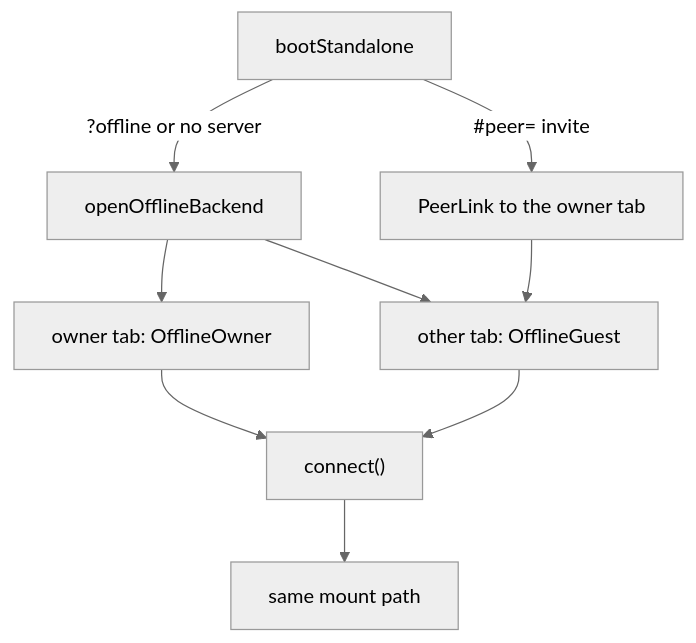
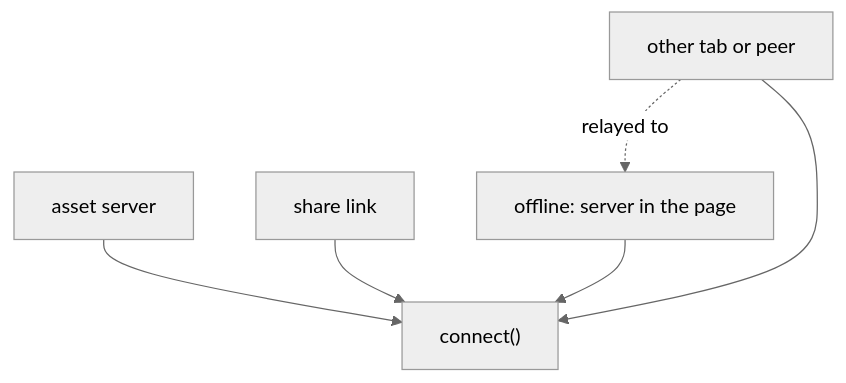
One commit to JollyPixel/editor changed the fourth of 5 diagrams in packages/editors/host/ARCHITECTURE.md. Above: the diagram before and after it, drawn with Mermaid (neutral theme). The commit also changed other lines of this file and 237 other files, not shown here.

Commit message:
refactor(editor.host): improve architecture (#1079)

````diff
--- a/packages/editors/host/ARCHITECTURE.md
+++ b/packages/editors/host/ARCHITECTURE.md
@@ -190,11 +55,8 @@
 ```mermaid
 flowchart TB
-    Boot["bootStandalone"] -->|"?offline or no server"| Open["openOfflineBackend"]
-    Boot -->|"#peer= invite"| Peer["PeerLink to the owner tab"]
-    Open --> Owner["owner tab: OfflineOwner"]
-    Open --> Remote["other tab: OfflineGuest"]
-    Peer --> Remote
-    Owner --> Connect["connect()"]
-    Remote --> Connect
-    Connect --> Mount["same mount path"]
+    Server["asset server"] --> Connect["connect()"]
+    Share["share link"] --> Connect
+    Offline["offline: server in the page"] --> Connect
+    Guest["other tab or peer"] -.->|"relayed to"| Offline
+    Guest --> Connect
 ```
````
